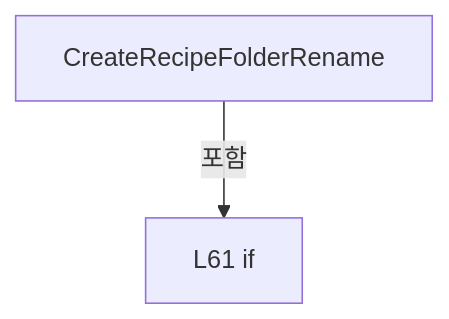
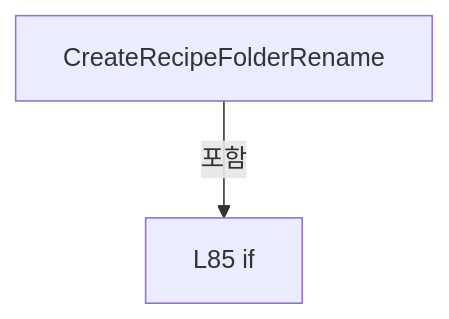
Before and after one commit to kjuws10-rgb/Shared: the first of 6 diagrams in A3 LD Code Ref/files/Drilling.UI/Popup/CRecipeConfirmDialog.xaml.cs.md, drawn with Mermaid. The commit also changed other lines of this file and 8055 other files, not shown here.

Commit message:
docs(a3): trace Stage Glass Data and refresh architecture and full code reference

````diff
--- a/A3 LD Code Ref/files/Drilling.UI/Popup/CRecipeConfirmDialog.xaml.cs.md
+++ b/A3 LD Code Ref/files/Drilling.UI/Popup/CRecipeConfirmDialog.xaml.cs.md
@@ -454,6 +554,6 @@
 ```mermaid
 flowchart TD
  M["CreateRecipeFolderRename"]
- N0["L61 if"]
+ N0["L85 if"]
  M -->|포함| N0
 ```
````
